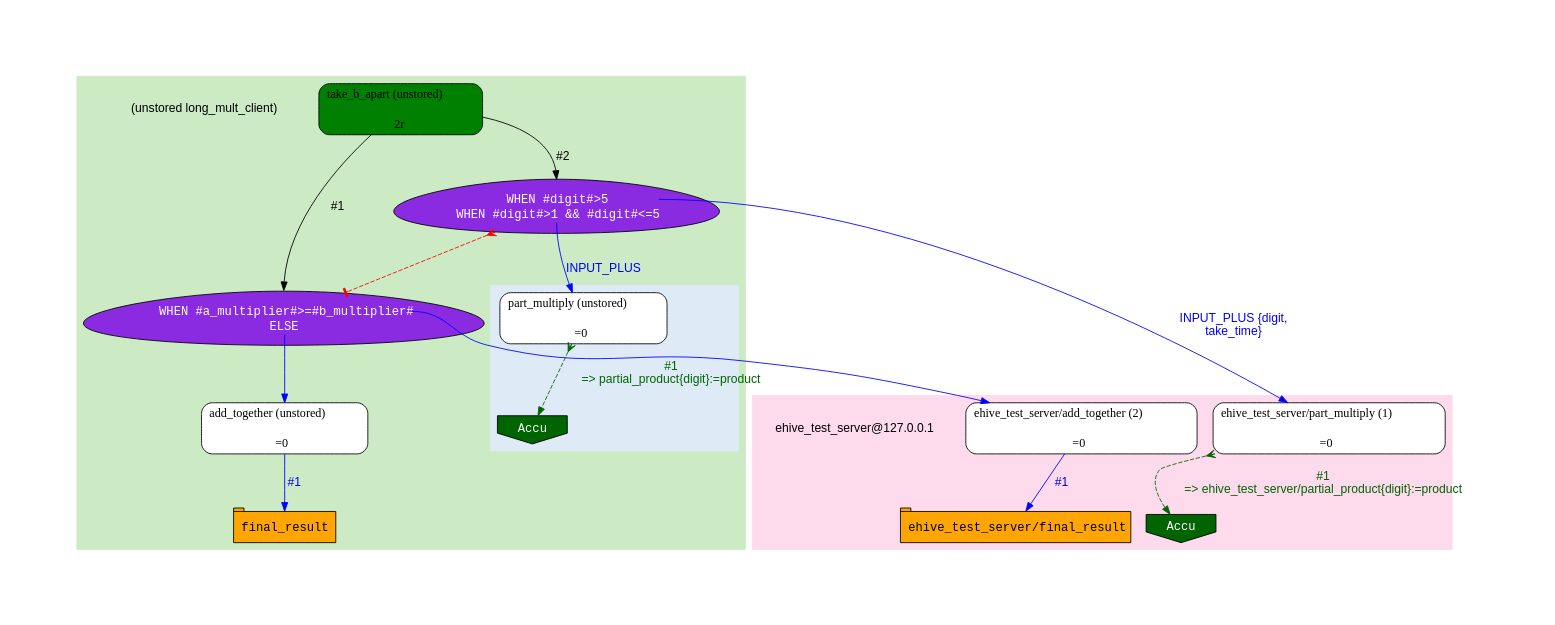
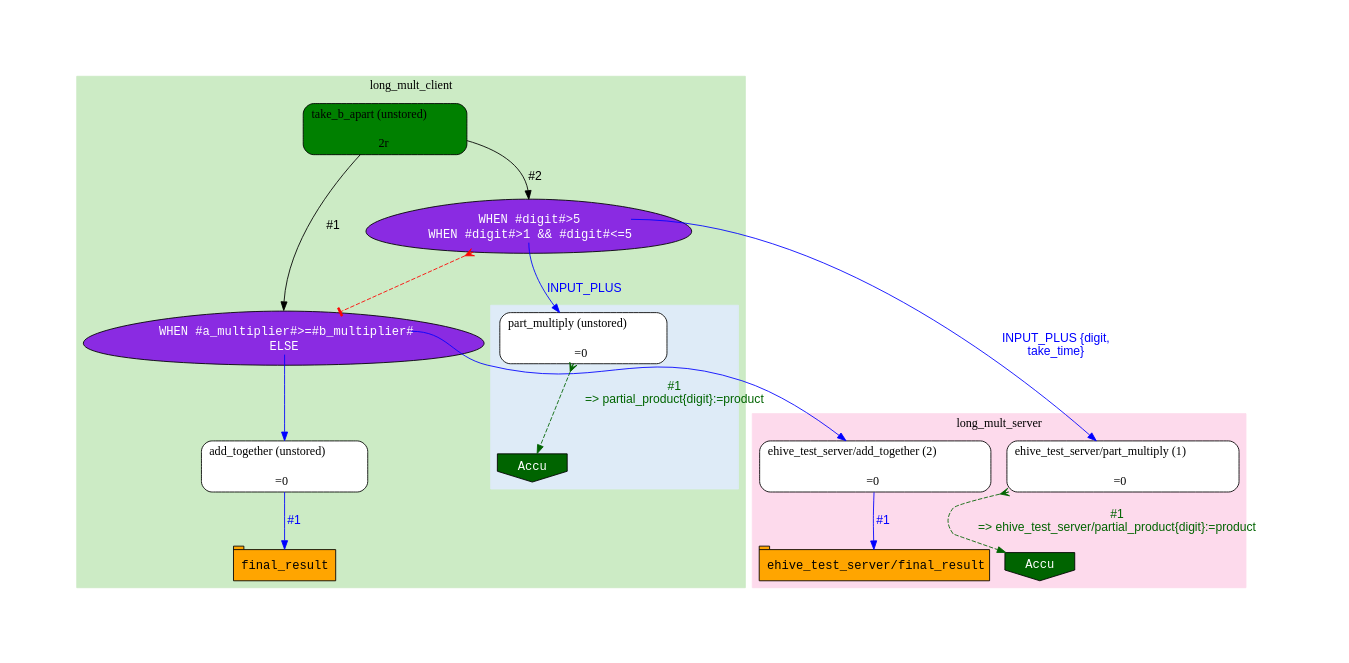
Before and after one commit to Ensembl/ensembl-hive: the diagram in t/03.scripts/generate_graph/LongMult::PipeConfig::LongMultClient_conf.unstored.dot, drawn with Graphviz. The commit also changed 8 other files, not shown here.

Commit message:
Switch from using a separate pipeline_label to displaying the top-level cluster name; regenerated the test files accordingly

```diff
--- a/t/03.scripts/generate_graph/LongMult::PipeConfig::LongMultClient_conf.unstored.dot
+++ b/t/03.scripts/generate_graph/LongMult::PipeConfig::LongMultClient_conf.unstored.dot
@@ -1,56 +1,55 @@
 digraph test {
 	ratio="compress"; concentrate = "true"; name = "AnalysisWorkflow"; pad = "1.0";
 	analysis_take_b_apart [fillcolor="green", fontname="Times-Roman", label=<<table border="0" cellborder="0" cellspacing="0" cellpadding="1"><tr><td colspan="1">take_b_apart (unstored)</td></tr><tr><td colspan="1"> </td></tr><tr><td bgcolor="green" width="100%">2r</td></tr></table>>, shape="Mrecord", style="filled"];
 	dfr_p1_mp [fillcolor="blueviolet", fontcolor="white", fontname="Courier", label=<<table border="0" cellborder="0" cellspacing="0" cellpadding="1">i<tr><td></td></tr><tr><td port="cond_0">WHEN #a_multiplier#&gt;=#b_multiplier#</td></tr><tr><td port="cond_1">ELSE</td></tr></table>>, shape="egg", style="filled"];
 	foreign_analysis_ehive_test_server__add_together [fillcolor="white", fontname="Times-Roman", label=<<table border="0" cellborder="0" cellspacing="0" cellpadding="1"><tr><td colspan="1">ehive_test_server/add_together (2)</td></tr><tr><td colspan="1"> </td></tr><tr><td>=0</td></tr></table>>, shape="Mrecord", style="filled"];
 	table_ehive_test_server__final_result [fillcolor="orange", fontcolor="black", fontname="Courier", label=<<table border="0" cellborder="0" cellspacing="0" cellpadding="1"><tr><td colspan="1">ehive_test_server/final_result</td></tr></table>>, shape="tab", style="filled"];
 	analysis_add_together [fillcolor="white", fontname="Times-Roman", label=<<table border="0" cellborder="0" cellspacing="0" cellpadding="1"><tr><td colspan="1">add_together (unstored)</td></tr><tr><td colspan="1"> </td></tr><tr><td>=0</td></tr></table>>, shape="Mrecord", style="filled"];
 	table_final_result [fillcolor="orange", fontcolor="black", fontname="Courier", label=<<table border="0" cellborder="0" cellspacing="0" cellpadding="1"><tr><td colspan="1">final_result</td></tr></table>>, shape="tab", style="filled"];
 	dfr_p2_mp [fillcolor="blueviolet", fontcolor="white", fontname="Courier", label=<<table border="0" cellborder="0" cellspacing="0" cellpadding="1">i<tr><td></td></tr><tr><td port="cond_0">WHEN #digit#&gt;5</td></tr><tr><td port="cond_1">WHEN #digit#&gt;1 &amp;&amp; #digit#&lt;=5</td></tr></table>>, shape="egg", style="filled"];
 	foreign_analysis_ehive_test_server__part_multiply [fillcolor="white", fontname="Times-Roman", label=<<table border="0" cellborder="0" cellspacing="0" cellpadding="1"><tr><td colspan="1">ehive_test_server/part_multiply (1)</td></tr><tr><td colspan="1"> </td></tr><tr><td>=0</td></tr></table>>, shape="Mrecord", style="filled"];
 	sink_long_mult_server [fillcolor="darkgreen", fontcolor="white", fontname="Courier", label="Accu", shape="invhouse", style="filled"];
 	analysis_part_multiply [fillcolor="white", fontname="Times-Roman", label=<<table border="0" cellborder="0" cellspacing="0" cellpadding="1"><tr><td colspan="1">part_multiply (unstored)</td></tr><tr><td colspan="1"> </td></tr><tr><td>=0</td></tr></table>>, shape="Mrecord", style="filled"];
 	sink_dfr_p1_mp [fillcolor="darkgreen", fontcolor="white", fontname="Courier", label="Accu", shape="invhouse", style="filled"];
-	pipelabel_long_mult_client [fontname="Helvetica", label="(unstored long_mult_client)", shape="plaintext"];
-	pipelabel_long_mult_server [fontname="Helvetica", label="ehive_test_server@127.0.0.1", shape="plaintext"];
 	analysis_add_together -> table_final_result [color="blue", fontcolor="blue", fontname="Helvetica", label="#1\n"];
 	analysis_part_multiply -> sink_dfr_p1_mp [arrowtail="crow", color="darkgreen", dir="both", fontcolor="darkgreen", fontname="Helvetica", label="#1\n=> partial_product{digit}:=product", style="dashed"];
 	analysis_take_b_apart -> dfr_p1_mp [arrowhead="normal", color="black", fontcolor="black", fontname="Helvetica", headport="n", label="#1"];
 	analysis_take_b_apart -> dfr_p2_mp [arrowhead="normal", color="black", fontcolor="black", fontname="Helvetica", headport="n", label="#2"];
 	dfr_p1_mp -> analysis_add_together [color="blue", fontcolor="blue", fontname="Helvetica", label="\n", tailport="cond_1"];
 	dfr_p1_mp -> foreign_analysis_ehive_test_server__add_together [color="blue", fontcolor="blue", fontname="Helvetica", label="\n", tailport="cond_0"];
 	dfr_p2_mp -> analysis_part_multiply [color="blue", fontcolor="blue", fontname="Helvetica", label="\nINPUT_PLUS ", tailport="cond_1"];
 	dfr_p2_mp -> dfr_p1_mp [arrowhead="tee", arrowtail="crow", color="red", dir="both", style="dashed"];
 	dfr_p2_mp -> foreign_analysis_ehive_test_server__part_multiply [color="blue", fontcolor="blue", fontname="Helvetica", label="\nINPUT_PLUS {digit,\ntake_time}", tailport="cond_0"];
 	foreign_analysis_ehive_test_server__add_together -> table_ehive_test_server__final_result [color="blue", fontcolor="blue", fontname="Helvetica", label="#1\n"];
 	foreign_analysis_ehive_test_server__part_multiply -> sink_long_mult_server [arrowtail="crow", color="darkgreen", dir="both", fontcolor="darkgreen", fontname="Helvetica", label="#1\n=> ehive_test_server/partial_product{digit}:=product", style="dashed"];
 
-subgraph cluster_cl_long_mult_client {
+subgraph cluster_long_mult_client {
+	label="long_mult_client";
 	style=filled;
 	colorscheme=pastel19;
 	color=3;
-	pipelabel_long_mult_client;
 	analysis_take_b_apart;
 	dfr_p1_mp;
 	subgraph cluster_cl_dfr_p1_mp {
+		label="";
 		style=filled;
 		colorscheme=blues9;
 		color=2;
 		analysis_part_multiply;
 		sink_dfr_p1_mp;
 	}
 	dfr_p2_mp;
 	analysis_add_together;
 	table_final_result;
 }
-subgraph cluster_cl_long_mult_server {
+subgraph cluster_long_mult_server {
+	label="long_mult_server";
 	style=filled;
 	colorscheme=pastel19;
 	color=8;
-	pipelabel_long_mult_server;
 	foreign_analysis_ehive_test_server__add_together;
 	table_ehive_test_server__final_result;
 	foreign_analysis_ehive_test_server__part_multiply;
 	sink_long_mult_server;
 }
 }
```
